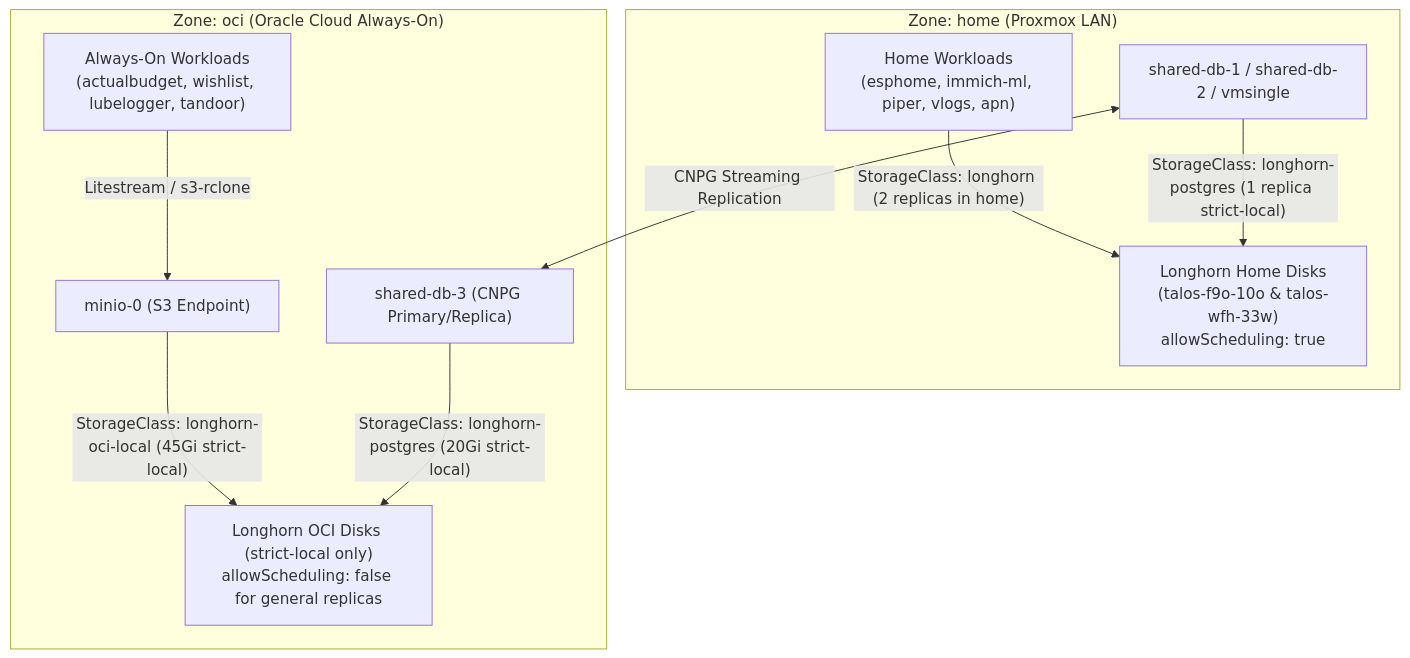
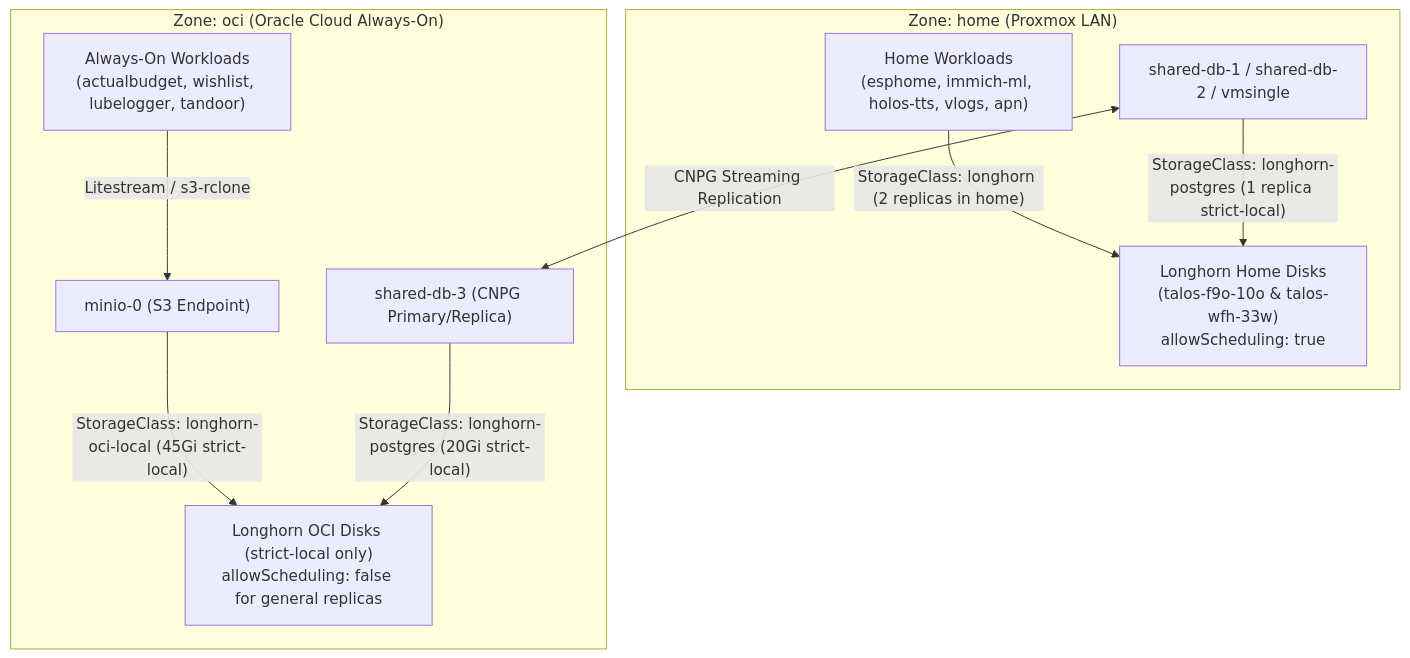
One commit to reidMaks/test changed the diagram in docs/architecture/003-storage.md. Above: the diagram before and after it, drawn with Mermaid. The commit also changed other lines of this file and 5 other files, not shown here.

Commit message:
feat(workload): replace Piper TTS with Ukrainian HolosTTS (ha-holos-tts)

````diff
--- a/docs/architecture/003-storage.md
+++ b/docs/architecture/003-storage.md
@@ -25,22 +25,22 @@
 ```mermaid
 flowchart TD
     subgraph HomeZone["Zone: home (Proxmox LAN)"]
-        HomePods["Home Workloads<br/>(esphome, immich-ml, piper, vlogs, apn)"]
+        HomePods["Home Workloads<br/>(esphome, immich-ml, holos-tts, vlogs, apn)"]
         HomeDB["shared-db-1 / shared-db-2 / vmsingle"]
         LHHome["Longhorn Home Disks<br/>(talos-f9o-10o & talos-wfh-33w)<br/>allowScheduling: true"]
     end
 
     subgraph OCIZone["Zone: oci (Oracle Cloud Always-On)"]
         OCIPods["Always-On Workloads<br/>(actualbudget, wishlist, lubelogger, tandoor)"]
         MinIOPod["minio-0 (S3 Endpoint)"]
         OCIDB["shared-db-3 (CNPG Primary/Replica)"]
         LHOCI["Longhorn OCI Disks (strict-local only)<br/>allowScheduling: false for general replicas"]
     end
 
     HomePods -->|"StorageClass: longhorn (2 replicas in home)"| LHHome
     HomeDB -->|"StorageClass: longhorn-postgres (1 replica strict-local)"| LHHome
     MinIOPod -->|"StorageClass: longhorn-oci-local (45Gi strict-local)"| LHOCI
     OCIDB -->|"StorageClass: longhorn-postgres (20Gi strict-local)"| LHOCI
     OCIPods -->|"Litestream / s3-rclone"| MinIOPod
     HomeDB <-->|"CNPG Streaming Replication"| OCIDB
 ```
````
